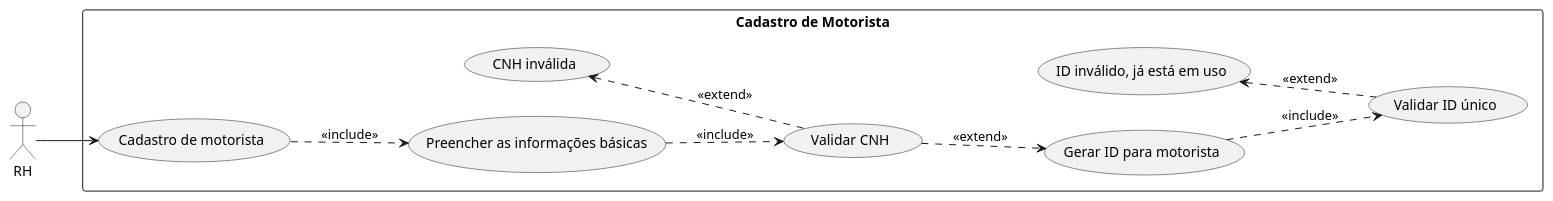
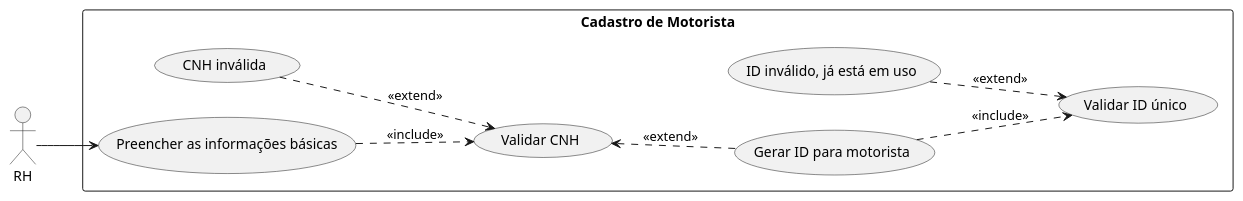
One commit to AnaBeatrizA-Silva/CaronaCorporativa_EngSof changed the diagram in estudoDeCasos/cadastroMotorista.puml. Above: the diagram before and after it, drawn with PlantUML. The commit also changed 7 other files, not shown here.

```diff
--- a/estudoDeCasos/cadastroMotorista.puml
+++ b/estudoDeCasos/cadastroMotorista.puml
@@ -1,25 +1,22 @@
 @startuml Cdastro de Motorista
 
 left to right direction
 
 actor RH
 rectangle "Cadastro de Motorista" as CadMot {
-  usecase "Cadastro de motorista" as cadMot
   usecase "Preencher as informações básicas" as cadMot_Info
   usecase "Validar CNH" as cadMot_ValiCNH
   usecase "CNH inválida" as cadMot_InvaCNH
   usecase "Gerar ID para motorista" as cadMot_ID
   usecase "Validar ID único" as cadMot_ValiID
   usecase "ID inválido, já está em uso" as cadMot_InvaID
 }
 
-
-RH --> cadMot
-cadMot ..> cadMot_Info: <<include>>
+RH --> cadMot_Info
 cadMot_Info .down.> cadMot_ValiCNH: <<include>>
-cadMot_ValiCNH ..> cadMot_ID: <<extend>>
-cadMot_ValiCNH .up.> cadMot_InvaCNH: <<extend>>
+cadMot_ValiCNH <.. cadMot_ID: <<extend>>
+cadMot_ValiCNH <.up. cadMot_InvaCNH: <<extend>>
 cadMot_ID .down.> cadMot_ValiID: <<include>>
-cadMot_ValiID .up.> cadMot_InvaID: <<extend>>
+cadMot_ValiID <.up. cadMot_InvaID: <<extend>>
 
 @enduml
```
